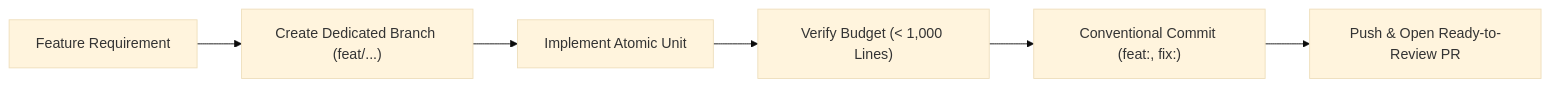
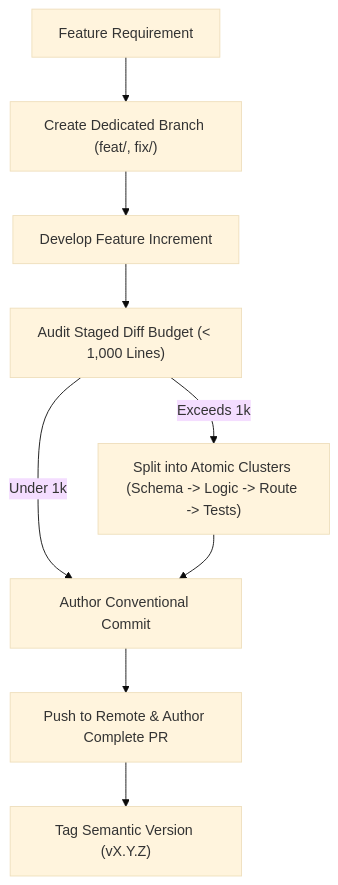
One commit to darknecrocities/SkillBuilder changed the diagram in skills/git-workflow/SKILL.md. Above: the diagram before and after it, drawn with Mermaid (base theme). The commit also changed other lines of this file and 2 other files, not shown here.

````diff
--- a/skills/git-workflow/SKILL.md
+++ b/skills/git-workflow/SKILL.md
@@ -16,8 +16,11 @@
 ```mermaid
-flowchart LR
-    A["Feature Requirement"] --> B["Create Dedicated Branch (feat/...)"]
-    B --> C["Implement Atomic Unit"]
-    C --> D["Verify Budget (< 1,000 Lines)"]
-    D --> E["Conventional Commit (feat:, fix:)"]
-    E --> F["Push & Open Ready-to-Review PR"]
+flowchart TD
+    A["Feature Requirement"] --> B["Create Dedicated Branch (feat/, fix/)"]
+    B --> C["Develop Feature Increment"]
+    C --> D["Audit Staged Diff Budget (< 1,000 Lines)"]
+    D -->|Exceeds 1k| E["Split into Atomic Clusters (Schema -> Logic -> Route -> Tests)"]
+    D -->|Under 1k| F["Author Conventional Commit"]
+    E --> F
+    F --> G["Push to Remote & Author Complete PR"]
+    G --> H["Tag Semantic Version (vX.Y.Z)"]
 ```
````
